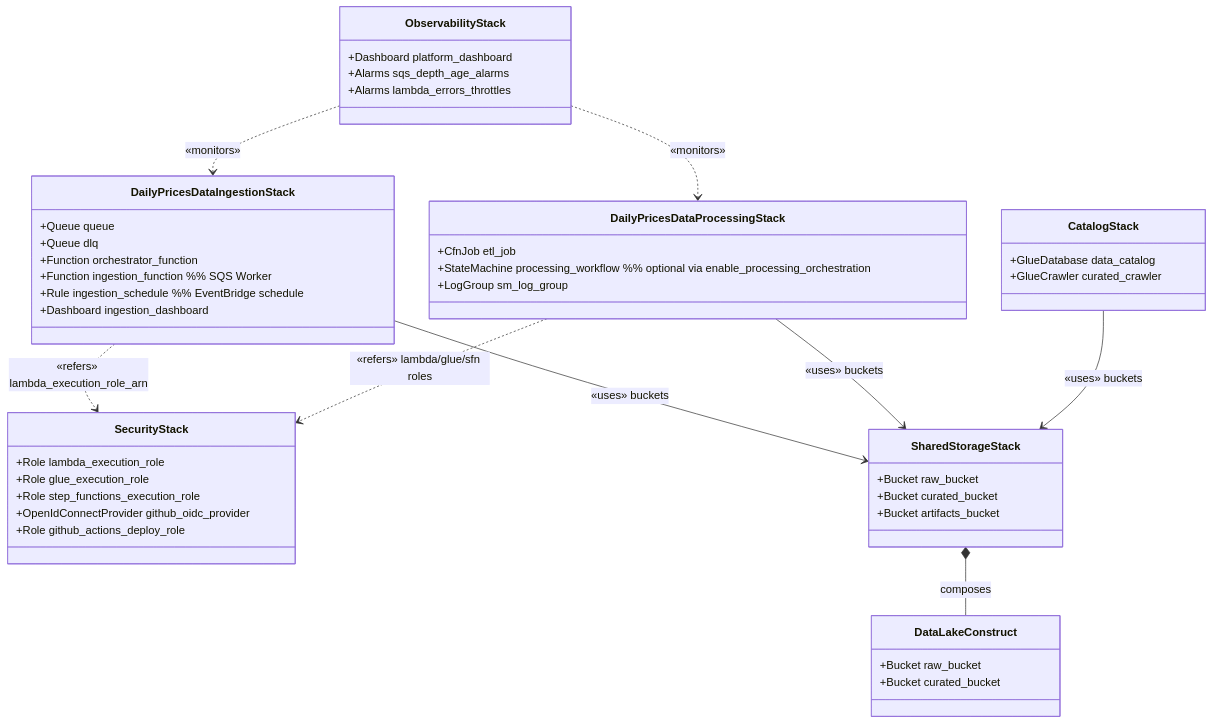
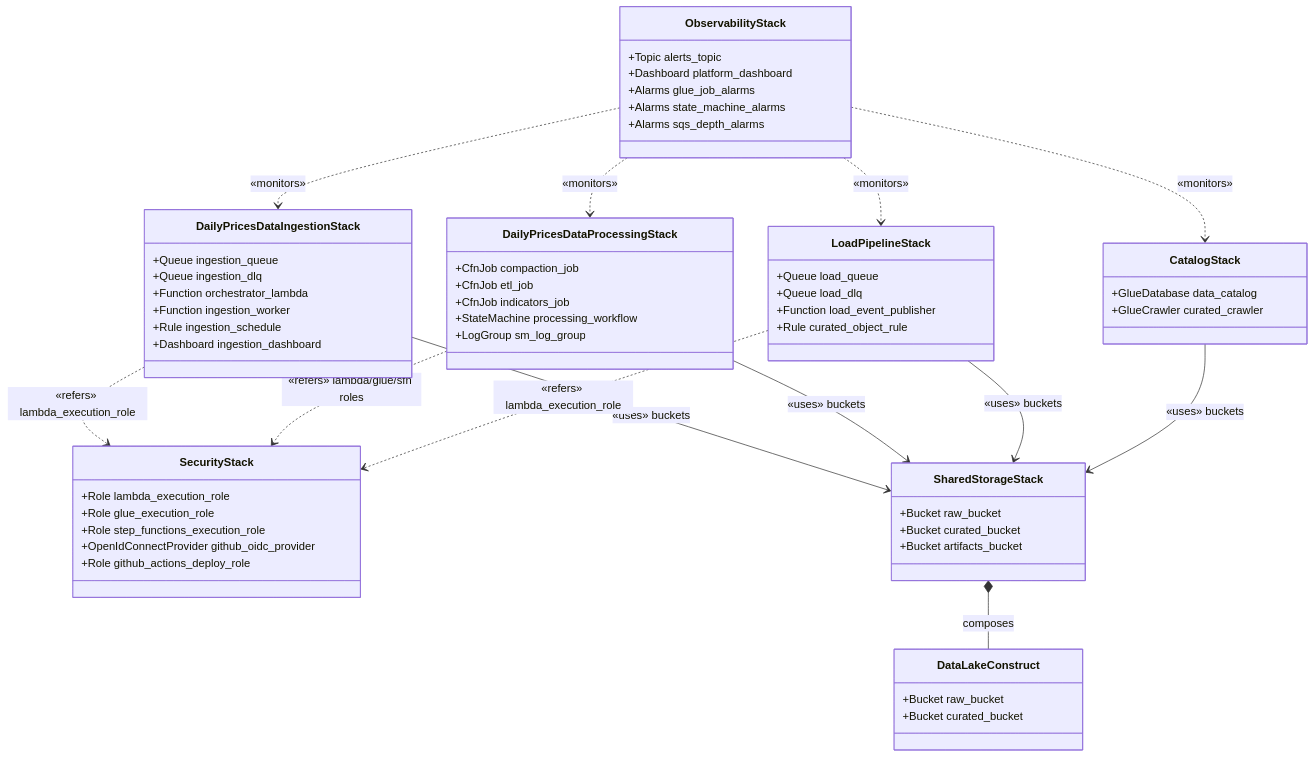
One commit to keemgdeok/fin-forge-pipeline changed the diagram in docs/diagrams/infrastructure/01-cdk-classes.md. Above: the diagram before and after it, drawn with Mermaid. The commit also changed 6 other files, not shown here.

Commit message:
feat: update docs/diagrams infra

````diff
--- a/docs/diagrams/infrastructure/01-cdk-classes.md
+++ b/docs/diagrams/infrastructure/01-cdk-classes.md
@@ -1,65 +1,78 @@
 ```mermaid
 classDiagram
-  %% Core security stack
+  %% Core security & shared storage
   class SecurityStack {
     +Role lambda_execution_role
     +Role glue_execution_role
     +Role step_functions_execution_role
     +OpenIdConnectProvider github_oidc_provider
     +Role github_actions_deploy_role
   }
 
-  %% Shared storage (Data Lake)
   class SharedStorageStack {
     +Bucket raw_bucket
     +Bucket curated_bucket
     +Bucket artifacts_bucket
   }
 
   class DataLakeConstruct {
     +Bucket raw_bucket
     +Bucket curated_bucket
   }
 
-  %% Extract pipeline (fan-out ingestion)
+  %% Pipelines
   class DailyPricesDataIngestionStack {
-    +Queue queue
-    +Queue dlq
-    +Function orchestrator_function
-    +Function ingestion_function  %% SQS Worker
-    +Rule ingestion_schedule       %% EventBridge schedule
+    +Queue ingestion_queue
+    +Queue ingestion_dlq
+    +Function orchestrator_lambda
+    +Function ingestion_worker
+    +Rule ingestion_schedule
     +Dashboard ingestion_dashboard
   }
 
-  %% Transform pipeline (processing/orchestration)
   class DailyPricesDataProcessingStack {
+    +CfnJob compaction_job
     +CfnJob etl_job
-    +StateMachine processing_workflow  %% optional via enable_processing_orchestration
+    +CfnJob indicators_job
+    +StateMachine processing_workflow
     +LogGroup sm_log_group
+  }
+
+  class LoadPipelineStack {
+    +Queue load_queue
+    +Queue load_dlq
+    +Function load_event_publisher
+    +Rule curated_object_rule
   }
 
   %% Platform/Observability & Governance
   class ObservabilityStack {
+    +Topic alerts_topic
     +Dashboard platform_dashboard
-    +Alarms sqs_depth_age_alarms
-    +Alarms lambda_errors_throttles
+    +Alarms glue_job_alarms
+    +Alarms state_machine_alarms
+    +Alarms sqs_depth_alarms
   }
 
   class CatalogStack {
     +GlueDatabase data_catalog
     +GlueCrawler curated_crawler
   }
 
   %% Relationships
   SharedStorageStack *-- DataLakeConstruct : composes
 
   DailyPricesDataIngestionStack --> SharedStorageStack : «uses» buckets
   DailyPricesDataProcessingStack --> SharedStorageStack : «uses» buckets
+  LoadPipelineStack --> SharedStorageStack : «uses» buckets
   CatalogStack --> SharedStorageStack : «uses» buckets
 
-  DailyPricesDataIngestionStack ..> SecurityStack : «refers» lambda_execution_role_arn
+  DailyPricesDataIngestionStack ..> SecurityStack : «refers» lambda_execution_role
   DailyPricesDataProcessingStack ..> SecurityStack : «refers» lambda/glue/sfn roles
+  LoadPipelineStack ..> SecurityStack : «refers» lambda_execution_role
+
   ObservabilityStack ..> DailyPricesDataIngestionStack : «monitors»
   ObservabilityStack ..> DailyPricesDataProcessingStack : «monitors»
-
+  ObservabilityStack ..> LoadPipelineStack : «monitors»
+  ObservabilityStack ..> CatalogStack : «monitors»
 ```
````
